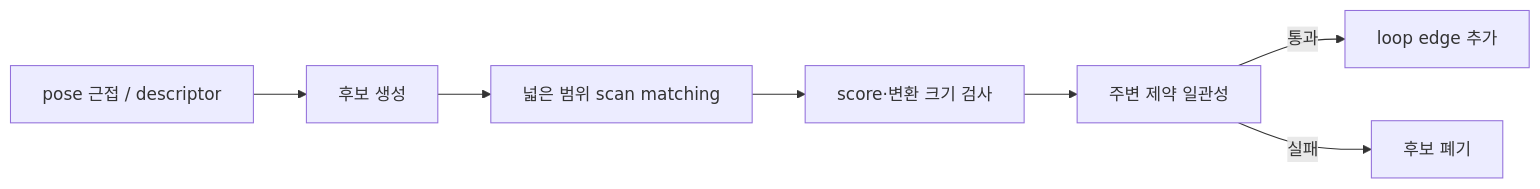
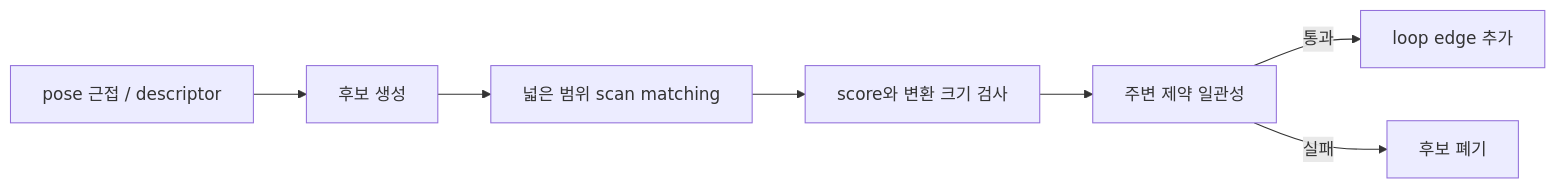
Before and after one commit to genie4youu/genie4youu.github.io: the diagram in _posts/amr/2026-07-23-10-amr-loop-closure-pose-graph.md, drawn with Mermaid. The commit also changed other lines of this file and 100 other files, not shown here.

````diff
--- a/_posts/amr/2026-07-23-10-amr-loop-closure-pose-graph.md
+++ b/_posts/amr/2026-07-23-10-amr-loop-closure-pose-graph.md
@@ -30,9 +30,9 @@
 ```mermaid
 flowchart LR
     A["pose 근접 / descriptor"] --> B["후보 생성"]
     B --> C["넓은 범위 scan matching"]
-    C --> D["score·변환 크기 검사"]
+    C --> D["score와 변환 크기 검사"]
     D --> E["주변 제약 일관성"]
     E -->|통과| F["loop edge 추가"]
     E -->|실패| G["후보 폐기"]
 ```
````
